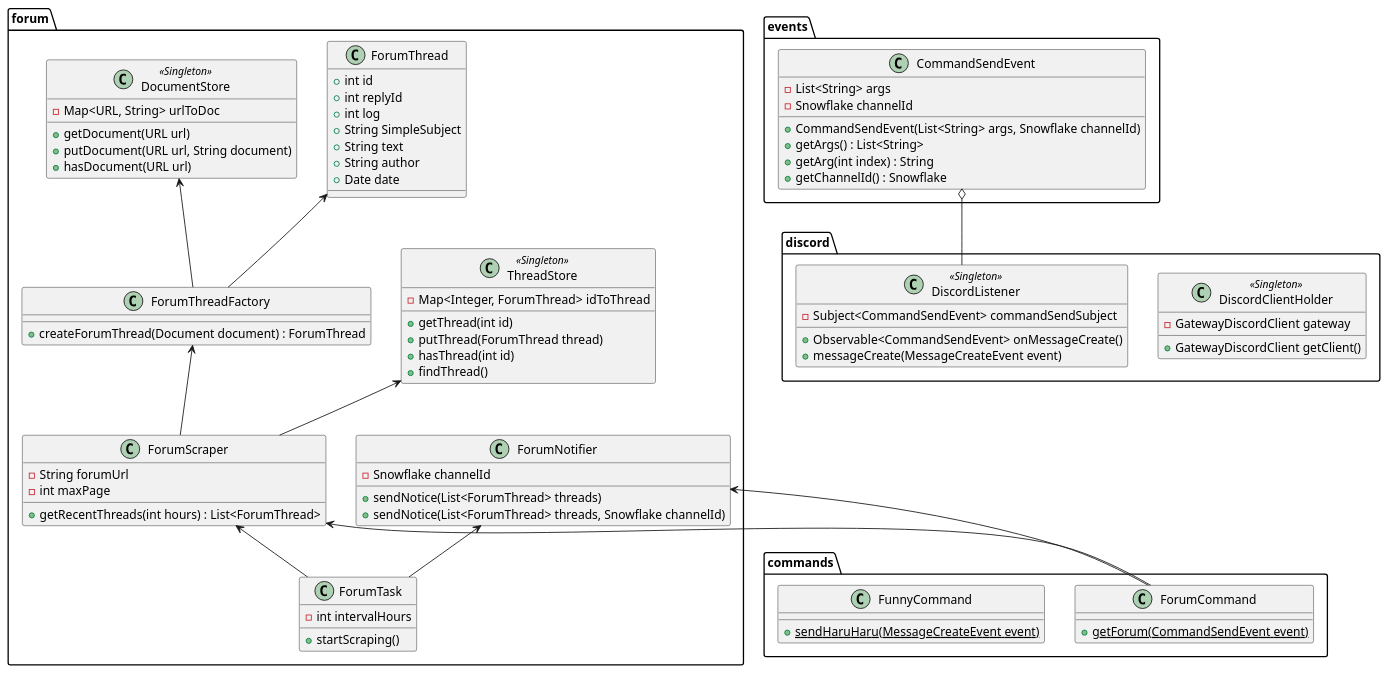
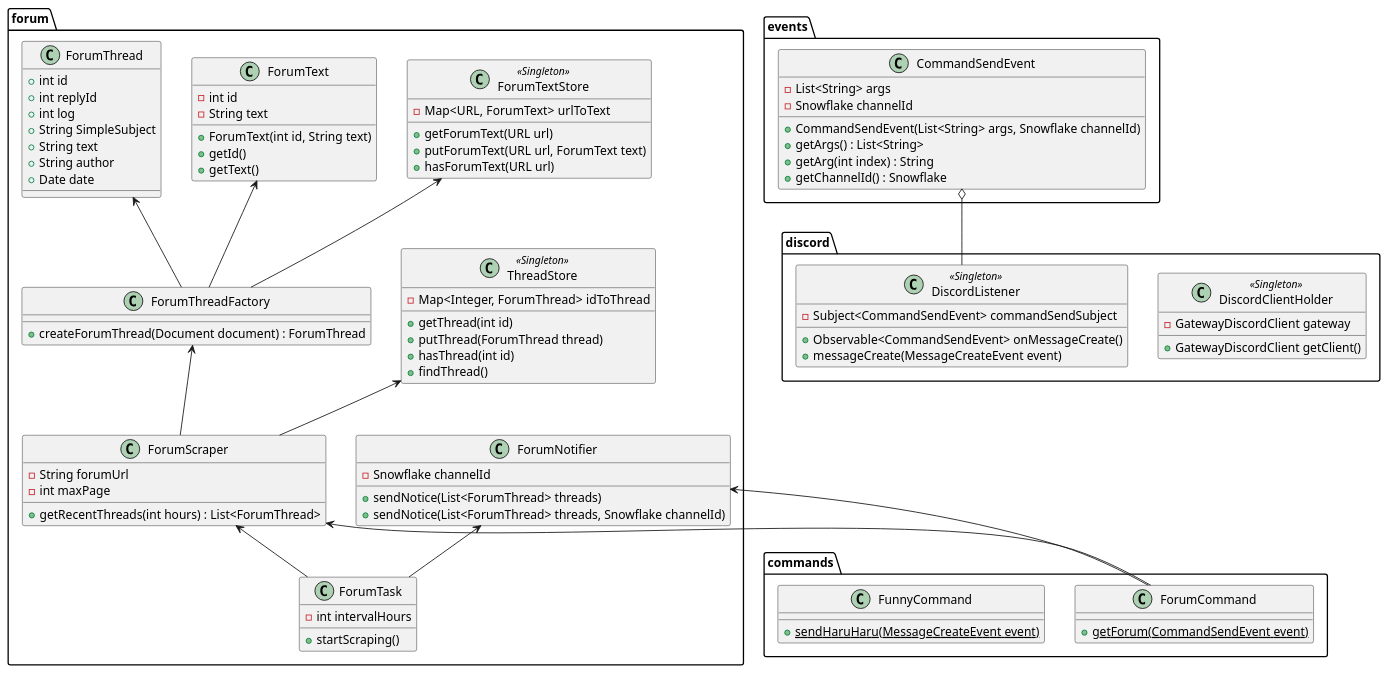
The diagram in MathClubBot3.pu (Harineko0/MathClubBot3), drawn with PlantUML before and after one commit.

Commit message:
[Update] クラス図を更新。

```diff
--- a/MathClubBot3.pu
+++ b/MathClubBot3.pu
@@ -1,94 +1,103 @@
 @startuml MathClubBot3
 namespace commands {
     class ForumCommand {
         + {static} getForum(CommandSendEvent event)
     }
 
     class FunnyCommand {
         + {static} sendHaruHaru(MessageCreateEvent event)
     }
 }
 
 namespace discord {
     class DiscordClientHolder <<Singleton>> {
         - GatewayDiscordClient gateway
         + GatewayDiscordClient getClient()
     }
 
     class DiscordListener <<Singleton>> {
         - Subject<CommandSendEvent> commandSendSubject
         + Observable<CommandSendEvent> onMessageCreate()
         + messageCreate(MessageCreateEvent event)
     }
 }
 
 namespace events {
     class CommandSendEvent {
         - List<String> args
         - Snowflake channelId
         + CommandSendEvent(List<String> args, Snowflake channelId)
         + getArgs() : List<String>
         + getArg(int index) : String
         + getChannelId() : Snowflake
     }
 }
 
 namespace forum {
     class ForumThread {
         + int id
         + int replyId
         + int log
         + String SimpleSubject
         + String text
         + String author
         + Date date
     }
 
     class ForumThreadFactory {
         + createForumThread(Document document) : ForumThread
     }
 
     class ForumScraper {
         - String forumUrl
         - int maxPage
         + getRecentThreads(int hours) : List<ForumThread>
     }
 
     class ForumNotifier {
         - Snowflake channelId
         + sendNotice(List<ForumThread> threads)
         + sendNotice(List<ForumThread> threads, Snowflake channelId)
     }
 
     class ForumTask {
         - int intervalHours
         + startScraping()
     }
 
     class ThreadStore <<Singleton>> {
         - Map<Integer, ForumThread> idToThread
         + getThread(int id)
         + putThread(ForumThread thread)
         + hasThread(int id)
         + findThread()
     }
 
-    class DocumentStore <<Singleton>> {
-        - Map<URL, String> urlToDoc
-        + getDocument(URL url)
-        + putDocument(URL url, String document)
-        + hasDocument(URL url)
+    class ForumTextStore <<Singleton>> {
+        - Map<URL, ForumText> urlToText
+        + getForumText(URL url)
+        + putForumText(URL url, ForumText text)
+        + hasForumText(URL url)
+    }
+
+    class ForumText {
+        - int id
+        - String text
+        + ForumText(int id, String text)
+        + getId()
+        + getText()
     }
 
     ForumThread <-- ForumThreadFactory
     ForumThreadFactory <-- ForumScraper
     ForumScraper <-- ForumTask
     ForumNotifier <-- ForumTask
     ThreadStore <-- ForumScraper
-    DocumentStore <-- ForumThreadFactory
+    ForumTextStore <-- ForumThreadFactory
+    ForumText <-- ForumThreadFactory
 }
 
 events.CommandSendEvent o-- discord.DiscordListener
 forum.ForumScraper <-- commands.ForumCommand
 forum.ForumNotifier <-- commands.ForumCommand
 @enduml
```
